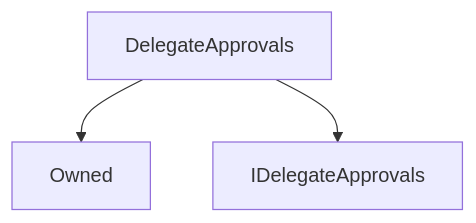
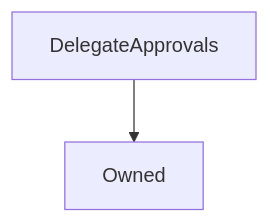
The diagram in content/contracts/DelegateApprovals.md (Synthetixio/synthetix-docs), drawn with Mermaid before and after one commit. The commit also changed 46 other files, not shown here.

````diff
--- a/content/contracts/DelegateApprovals.md
+++ b/content/contracts/DelegateApprovals.md
@@ -9,5 +9,4 @@
 ```mermaid
 graph TD
     DelegateApprovals[DelegateApprovals] --> Owned[Owned]
-    DelegateApprovals[DelegateApprovals] --> IDelegateApprovals[IDelegateApprovals]
 ```
````
